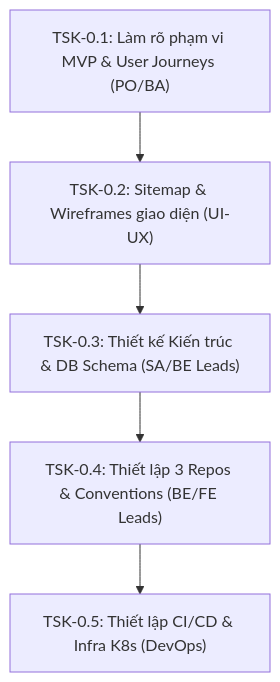
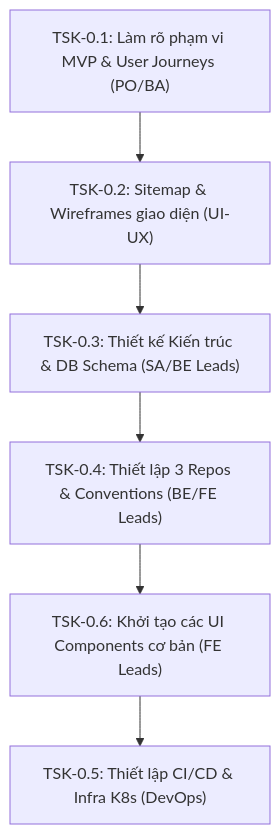
The diagram in docs/05_project_management/sprint_0/README.md (min3rd/open-erp), drawn with Mermaid before and after one commit. The commit also changed other lines of this file and 20 other files, not shown here.

````diff
--- a/docs/05_project_management/sprint_0/README.md
+++ b/docs/05_project_management/sprint_0/README.md
@@ -30,8 +31,9 @@
 ```mermaid
 flowchart TD
     TSK01["TSK-0.1: Làm rõ phạm vi MVP & User Journeys (PO/BA)"] 
     --> TSK02["TSK-0.2: Sitemap & Wireframes giao diện (UI-UX)"]
     --> TSK03["TSK-0.3: Thiết kế Kiến trúc & DB Schema (SA/BE Leads)"]
     --> TSK04["TSK-0.4: Thiết lập 3 Repos & Conventions (BE/FE Leads)"]
+    --> TSK06["TSK-0.6: Khởi tạo các UI Components cơ bản (FE Leads)"]
     --> TSK05["TSK-0.5: Thiết lập CI/CD & Infra K8s (DevOps)"]
 ```
````
